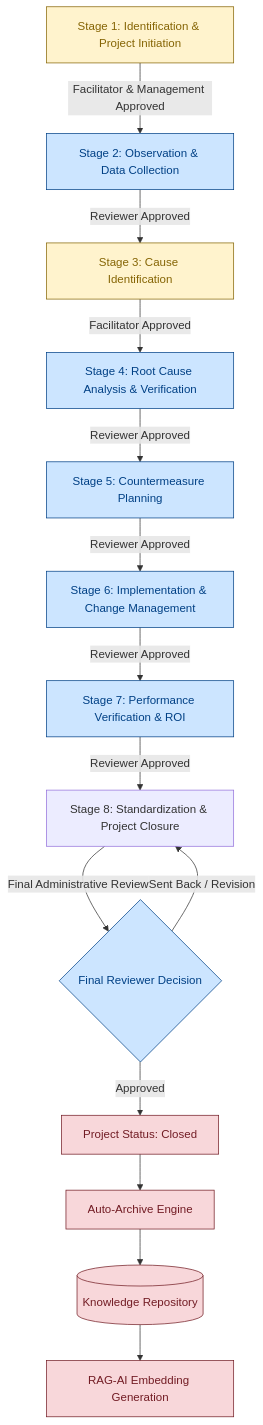
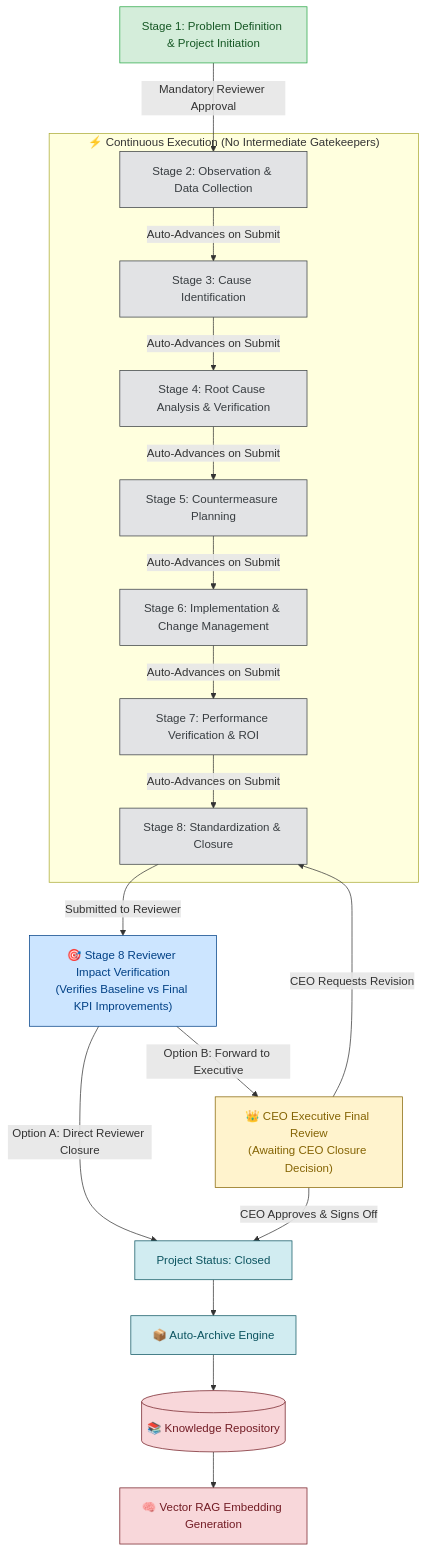
The diagram in README_STAGES.md (harshith1432/imfq-QCMS), drawn with Mermaid before and after one commit. The commit also changed other lines of this file and 1 other file, not shown here.

Commit message:
docs: update workflow gatekeeper specifications and stage lifecycle in README and README_STAGES

````diff
--- a/README_STAGES.md
+++ b/README_STAGES.md
@@ -11,27 +11,38 @@
 ```mermaid
 graph TD
-    classDef tl fill:#d4edda,stroke:#28a745,color:#155724;
-    classDef rev fill:#cce5ff,stroke:#004085,color:#004085;
-    classDef fac fill:#fff3cd,stroke:#856404,color:#856404;
-    classDef system fill:#f8d7da,stroke:#721c24,color:#721c24;
+    classDef init fill:#d4edda,stroke:#28a745,color:#155724;
+    classDef auto fill:#e2e3e5,stroke:#383d41,color:#383d41;
+    classDef review fill:#cce5ff,stroke:#004085,color:#004085;
+    classDef ceo fill:#fff3cd,stroke:#856404,color:#856404;
+    classDef close fill:#d1ecf1,stroke:#0c5460,color:#0c5460;
+    classDef kb fill:#f8d7da,stroke:#721c24,color:#721c24;
 
-    S1[Stage 1: Identification & Project Initiation] -->|Facilitator & Management Approved| S2[Stage 2: Observation & Data Collection]
-    S2 -->|Reviewer Approved| S3[Stage 3: Cause Identification]
-    S3 -->|Facilitator Approved| S4[Stage 4: Root Cause Analysis & Verification]
-    S4 -->|Reviewer Approved| S5[Stage 5: Countermeasure Planning]
-    S5 -->|Reviewer Approved| S6[Stage 6: Implementation & Change Management]
-    S6 -->|Reviewer Approved| S7[Stage 7: Performance Verification & ROI]
-    S7 -->|Reviewer Approved| S8[Stage 8: Standardization & Project Closure]
-    
-    S8 -->|Final Administrative Review| S8_Approve{Final Reviewer Decision}
-    S8_Approve -->|Approved| Closed[Project Status: Closed]
-    S8_Approve -->|Sent Back / Revision| S8
-    
-    Closed --> Archive[Auto-Archive Engine]
-    Archive --> KB[(Knowledge Repository)]
-    KB --> RAG[RAG-AI Embedding Generation]
-    
-    class S1,S3 fac;
-    class S2,S4,S5,S6,S7,S8_Approve rev;
-    class Closed,Archive,KB,RAG system;
+    S1[Stage 1: Problem Definition & Project Initiation] -->|Mandatory Reviewer Approval| S2[Stage 2: Observation & Data Collection]
+
+    subgraph Auto_Progression["⚡ Continuous Execution (No Intermediate Gatekeepers)"]
+        S2 -->|Auto-Advances on Submit| S3[Stage 3: Cause Identification]
+        S3 -->|Auto-Advances on Submit| S4[Stage 4: Root Cause Analysis & Verification]
+        S4 -->|Auto-Advances on Submit| S5[Stage 5: Countermeasure Planning]
+        S5 -->|Auto-Advances on Submit| S6[Stage 6: Implementation & Change Management]
+        S6 -->|Auto-Advances on Submit| S7[Stage 7: Performance Verification & ROI]
+        S7 -->|Auto-Advances on Submit| S8[Stage 8: Standardization & Closure]
+    end
+
+    S8 -->|Submitted to Reviewer| REV_GATE["🎯 Stage 8 Reviewer Impact Verification<br/>(Verifies Baseline vs Final KPI Improvements)"]
+
+    REV_GATE -->|Option A: Direct Reviewer Closure| CLOSED[Project Status: Closed]
+    REV_GATE -->|Option B: Forward to Executive| CEO_GATE["👑 CEO Executive Final Review<br/>(Awaiting CEO Closure Decision)"]
+    CEO_GATE -->|CEO Approves & Signs Off| CLOSED
+    CEO_GATE -->|CEO Requests Revision| S8
+
+    CLOSED --> AUTO_ARCHIVE[📦 Auto-Archive Engine]
+    AUTO_ARCHIVE --> KB[(📚 Knowledge Repository)]
+    KB --> RAG_EMBED[🧠 Vector RAG Embedding Generation]
+
+    class S1 init;
+    class S2,S3,S4,S5,S6,S7,S8 auto;
+    class REV_GATE review;
+    class CEO_GATE ceo;
+    class CLOSED,AUTO_ARCHIVE close;
+    class KB,RAG_EMBED kb;
 ```
````
